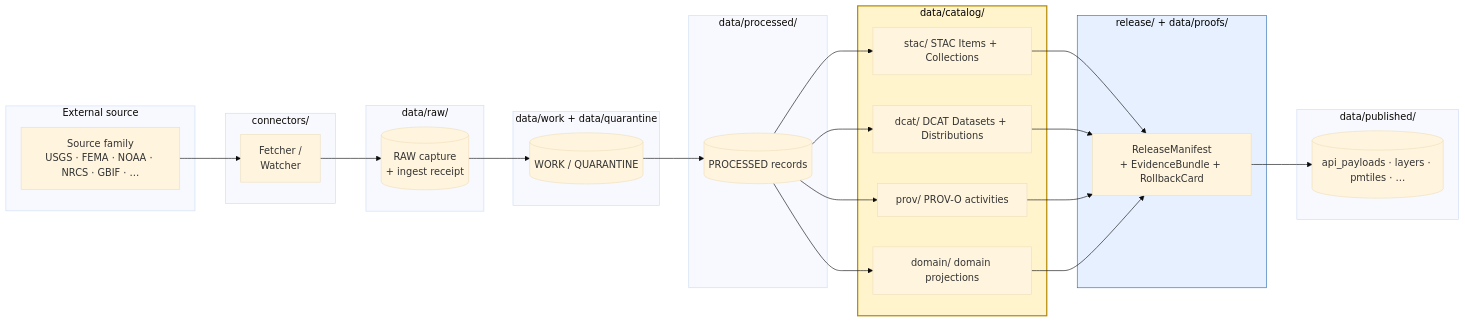
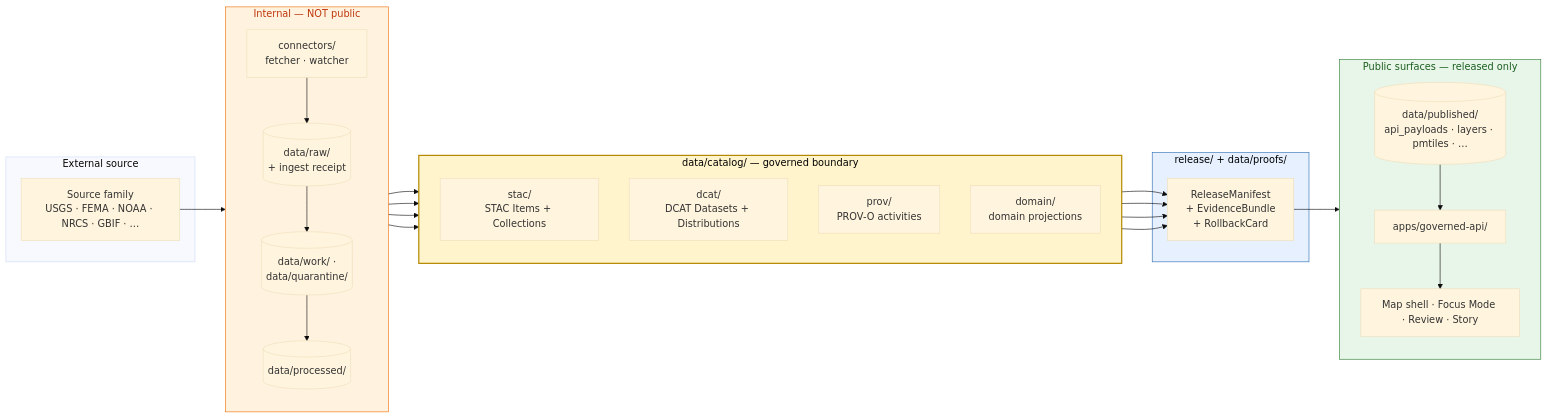
One commit to bartytime4life/Kansas-Frontier-Matrix changed the diagram in docs/sources/catalog/README.md. Above: the diagram before and after it, drawn with Mermaid (base theme). The commit also changed other lines of this file, not shown here.

````diff
--- a/docs/sources/catalog/README.md
+++ b/docs/sources/catalog/README.md
@@ -255,52 +271,53 @@
 ```mermaid
 flowchart LR
   subgraph EXT[External source]
-    SRC[Source family\nUSGS · FEMA · NOAA · NRCS · GBIF · …]
+    SRC[Source family<br/>USGS · FEMA · NOAA · NRCS · GBIF · …]
   end
 
-  subgraph CONN[connectors/]
-    FETCH[Fetcher /\nWatcher]
+  subgraph INT[Internal — NOT public]
+    direction TB
+    CONN[connectors/<br/>fetcher · watcher]
+    RAW[(data/raw/<br/>+ ingest receipt)]
+    WORK[(data/work/ ·<br/>data/quarantine/)]
+    PROC[(data/processed/)]
   end
 
-  subgraph DATA_RAW[data/raw/]
-    RAW[(RAW capture\n+ ingest receipt)]
-  end
-
-  subgraph DATA_WORK[data/work + data/quarantine]
-    WORK[(WORK / QUARANTINE)]
-  end
-
-  subgraph DATA_PROC[data/processed/]
-    PROC[(PROCESSED records)]
-  end
-
-  subgraph DATA_CAT[data/catalog/]
-    STAC[stac/ STAC Items + Collections]
-    DCAT[dcat/ DCAT Datasets + Distributions]
-    PROV[prov/ PROV-O activities]
-    DOM[domain/ domain projections]
+  subgraph CAT[data/catalog/ — governed boundary]
+    direction TB
+    STAC[stac/<br/>STAC Items + Collections]
+    DCAT[dcat/<br/>DCAT Datasets + Distributions]
+    PROV[prov/<br/>PROV-O activities]
+    DOM[domain/<br/>domain projections]
   end
 
   subgraph REL[release/ + data/proofs/]
-    REL_MAN[ReleaseManifest\n+ EvidenceBundle + RollbackCard]
+    REL_MAN[ReleaseManifest<br/>+ EvidenceBundle<br/>+ RollbackCard]
   end
 
-  subgraph PUB[data/published/]
-    PUB_ART[(api_payloads · layers · pmtiles · …)]
+  subgraph PUB[Public surfaces — released only]
+    direction TB
+    PUB_ART[(data/published/<br/>api_payloads · layers · pmtiles · …)]
+    API[apps/governed-api/]
+    UI[Map shell · Focus Mode · Review · Story]
   end
 
-  SRC --> FETCH --> RAW --> WORK --> PROC --> STAC
+  SRC --> CONN --> RAW --> WORK --> PROC
+  PROC --> STAC
   PROC --> DCAT
   PROC --> PROV
   PROC --> DOM
   STAC --> REL_MAN
   DCAT --> REL_MAN
   PROV --> REL_MAN
   DOM --> REL_MAN
-  REL_MAN --> PUB_ART
+  REL_MAN --> PUB_ART --> API --> UI
 
   classDef docsHere fill:#fff4cc,stroke:#b58a00,stroke-width:2px,color:#000;
+  classDef internal fill:#fff3e0,stroke:#ef6c00,color:#bf360c;
+  classDef public fill:#e8f5e9,stroke:#2e7d32,color:#1b5e20;
   classDef invariant fill:#e6f0ff,stroke:#2b6cb0,color:#000;
-  class DATA_CAT docsHere;
+  class CAT docsHere;
+  class INT internal;
+  class PUB public;
   class REL invariant;
 ```
````
